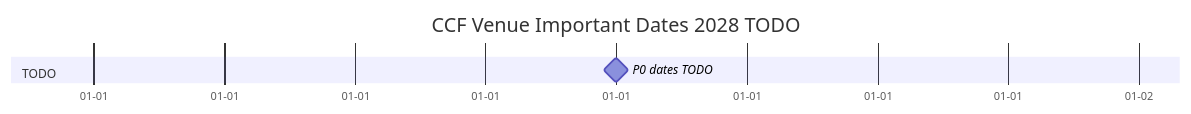
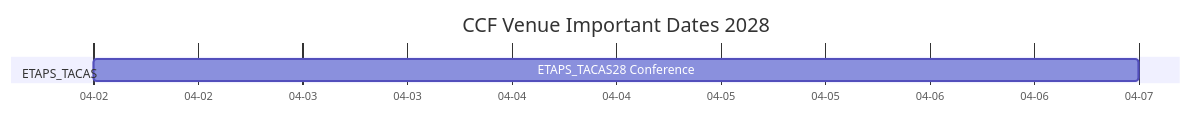
Before and after one commit to HansBug/research_ideas: the first of 9 diagrams in ccf_venues/TIMELINE.md, drawn with Mermaid. The commit also changed other lines of this file and 48 other files, not shown here.

````diff
--- a/ccf_venues/TIMELINE.md
+++ b/ccf_venues/TIMELINE.md
@@ -84,9 +78,10 @@
 ```mermaid
 gantt
-  title CCF Venue Important Dates 2028 TODO
+  title CCF Venue Important Dates 2028
   dateFormat YYYY-MM-DD
   axisFormat %m-%d
 
-  section TODO
-  P0 dates TODO :milestone, todo2028, 2028-01-01, 1d
+  section ETAPS_TACAS
+  ETAPS_TACAS28 Conference :etaps2028_1_20280402, 2028-04-02, 2028-04-07
+
 ```
````
